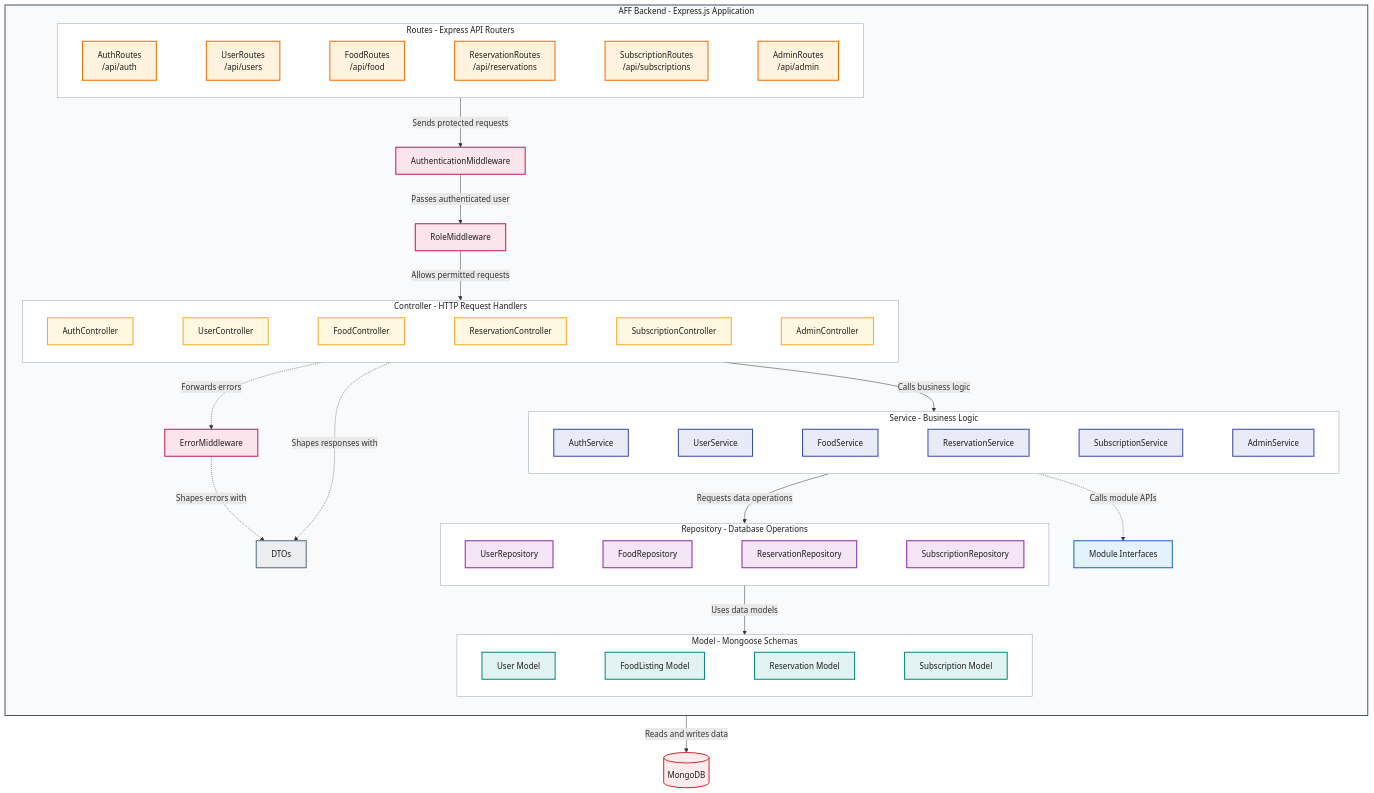
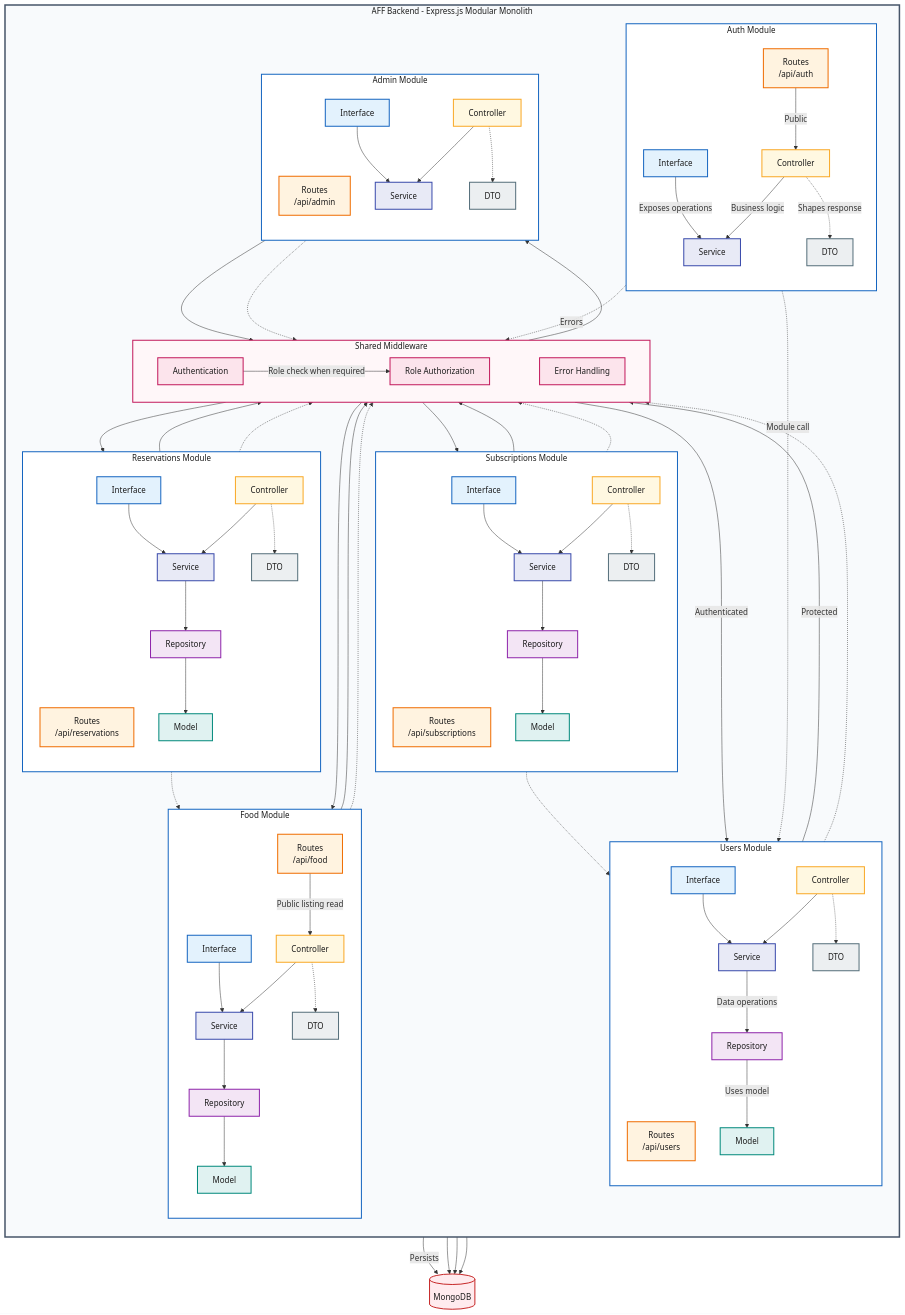
One commit to 2026B-FullStackDevelopment/aff changed the diagram in docs/backend-component-diagram.md. Above: the diagram before and after it, drawn with Mermaid. The commit also changed other lines of this file and 1 other file, not shown here.

Commit message:
Update backend-component-diagram.md, showcase modular monolith

````diff
--- a/docs/backend-component-diagram.md
+++ b/docs/backend-component-diagram.md
@@ -5,85 +7,143 @@
 ```mermaid
 flowchart TB
-  subgraph backend["AFF Backend - Express.js Application"]
+  subgraph backend["AFF Backend - Express.js Modular Monolith"]
     direction TB
 
-    subgraph routes["Routes - Express API Routers"]
-      direction LR
+    subgraph authModule["Auth Module"]
+      direction TB
+      authRoutes["Routes<br/>/api/auth"]
+      authController["Controller"]
+      authService["Service"]
+      authDto["DTO"]
+      authInterface["Interface"]
 
-      auth["AuthRoutes<br/>/api/auth"]
-      users["UserRoutes<br/>/api/users"]
-      food["FoodRoutes<br/>/api/food"]
-      reservations["ReservationRoutes<br/>/api/reservations"]
-      subscriptions["SubscriptionRoutes<br/>/api/subscriptions"]
-      admin["AdminRoutes<br/>/api/admin"]
-      auth ~~~ users ~~~ food ~~~ reservations ~~~ subscriptions ~~~ admin
+      authController -->|"Business logic"| authService
+      authController -.->|"Shapes response"| authDto
+      authInterface -->|"Exposes operations"| authService
     end
 
-    authentication["AuthenticationMiddleware"]
-    role["RoleMiddleware"]
-    errorMiddleware["ErrorMiddleware"]
+    subgraph usersModule["Users Module"]
+      direction TB
+      userRoutes["Routes<br/>/api/users"]
+      userController["Controller"]
+      userService["Service"]
+      userRepository["Repository"]
+      userModel["Model"]
+      userDto["DTO"]
+      userInterface["Interface"]
 
-    subgraph controllers["Controller - HTTP Request Handlers"]
-      direction LR
-
-      authController["AuthController"]
-      userController["UserController"]
-      foodController["FoodController"]
-      reservationController["ReservationController"]
-      subscriptionController["SubscriptionController"]
-      adminController["AdminController"]
-      authController ~~~ userController ~~~ foodController ~~~ reservationController ~~~ subscriptionController ~~~ adminController
+      userController --> userService
+      userService -->|"Data operations"| userRepository
+      userRepository -->|"Uses model"| userModel
+      userController -.-> userDto
+      userInterface --> userService
     end
 
-    subgraph services["Service - Business Logic"]
-      direction LR
+    subgraph foodModule["Food Module"]
+      direction TB
+      foodRoutes["Routes<br/>/api/food"]
+      foodController["Controller"]
+      foodService["Service"]
+      foodRepository["Repository"]
+      foodModel["Model"]
+      foodDto["DTO"]
+      foodInterface["Interface"]
 
-      authService["AuthService"]
-      userService["UserService"]
-      foodService["FoodService"]
-      reservationService["ReservationService"]
-      subscriptionService["SubscriptionService"]
-      adminService["AdminService"]
-      authService ~~~ userService ~~~ foodService ~~~ reservationService ~~~ subscriptionService ~~~ adminService
+      foodController --> foodService
+      foodService --> foodRepository
+      foodRepository --> foodModel
+      foodController -.-> foodDto
+      foodInterface --> foodService
     end
 
-    moduleInterfaces["Module Interfaces"]
-    responseDtos["DTOs"]
+    subgraph sharedMiddleware["Shared Middleware"]
+      direction LR
+      authentication["Authentication"]
+      role["Role Authorization"]
+      errorMiddleware["Error Handling"]
 
-    subgraph repositories["Repository - Database Operations"]
-      direction LR
-
-      userRepository["UserRepository"]
-      foodRepository["FoodRepository"]
-      reservationRepository["ReservationRepository"]
-      subscriptionRepository["SubscriptionRepository"]
-      userRepository ~~~ foodRepository ~~~ reservationRepository ~~~ subscriptionRepository
+      authentication -->|"Role check when required"| role
+      role ~~~ errorMiddleware
     end
 
-    subgraph models["Model - Mongoose Schemas"]
-      direction LR
+    subgraph reservationsModule["Reservations Module"]
+      direction TB
+      reservationRoutes["Routes<br/>/api/reservations"]
+      reservationController["Controller"]
+      reservationService["Service"]
+      reservationRepository["Repository"]
+      reservationModel["Model"]
+      reservationDto["DTO"]
+      reservationInterface["Interface"]
 
-      userModel["User Model"]
-      foodModel["FoodListing Model"]
-      reservationModel["Reservation Model"]
-      subscriptionModel["Subscription Model"]
-      userModel ~~~ foodModel ~~~ reservationModel ~~~ subscriptionModel
+      reservationController --> reservationService
+      reservationService --> reservationRepository
+      reservationRepository --> reservationModel
+      reservationController -.-> reservationDto
+      reservationInterface --> reservationService
     end
 
-    routes -->|"Sends protected requests"| authentication
-    authentication -->|"Passes authenticated user"| role
-    role -->|"Allows permitted requests"| controllers
-    controllers -->|"Calls business logic"| services
-    services -->|"Requests data operations"| repositories
-    repositories -->|"Uses data models"| models
-    controllers -.->|"Forwards errors"| errorMiddleware
-    services -.->|"Calls module APIs"| moduleInterfaces
-    controllers -.->|"Shapes responses with"| responseDtos
-    errorMiddleware -.->|"Shapes errors with"| responseDtos
+    subgraph subscriptionsModule["Subscriptions Module"]
+      direction TB
+      subscriptionRoutes["Routes<br/>/api/subscriptions"]
+      subscriptionController["Controller"]
+      subscriptionService["Service"]
+      subscriptionRepository["Repository"]
+      subscriptionModel["Model"]
+      subscriptionDto["DTO"]
+      subscriptionInterface["Interface"]
 
+      subscriptionController --> subscriptionService
+      subscriptionService --> subscriptionRepository
+      subscriptionRepository --> subscriptionModel
+      subscriptionController -.-> subscriptionDto
+      subscriptionInterface --> subscriptionService
+    end
+
+    subgraph adminModule["Admin Module"]
+      direction TB
+      adminRoutes["Routes<br/>/api/admin"]
+      adminController["Controller"]
+      adminService["Service"]
+      adminDto["DTO"]
+      adminInterface["Interface"]
+
+      adminController --> adminService
+      adminController -.-> adminDto
+      adminInterface --> adminService
+    end
+
+    authRoutes -->|"Public"| authController
+    foodRoutes -->|"Public listing read"| foodController
+
+    userRoutes -->|"Protected"| authentication
+    foodRoutes --> authentication
+    reservationRoutes --> authentication
+    subscriptionRoutes --> authentication
+    adminRoutes --> authentication
+
+    authentication -->|"Authenticated"| userController
+    role --> foodController
+    role --> reservationController
+    role --> subscriptionController
+    role --> adminController
+
+    authController -.->|"Errors"| errorMiddleware
+    userController -.-> errorMiddleware
+    foodController -.-> errorMiddleware
+    reservationController -.-> errorMiddleware
+    subscriptionController -.-> errorMiddleware
+    adminController -.-> errorMiddleware
+
+    authService -.->|"Module call"| userInterface
+    reservationService -.-> foodInterface
+    subscriptionService -.-> userInterface
   end
 
-  models -->|"Reads and writes data"| mongoDatabase[("MongoDB")]
+  userModel -->|"Persists"| mongoDatabase[("MongoDB")]
+  foodModel --> mongoDatabase
+  reservationModel --> mongoDatabase
+  subscriptionModel --> mongoDatabase
 
   classDef routeComponent fill:#FFF3E0,stroke:#EF6C00,color:#1B1B1B,stroke-width:2px;
   classDef middlewareComponent fill:#FCE4EC,stroke:#C2185B,color:#1B1B1B,stroke-width:2px;
@@ -95,20 +155,22 @@
   classDef modelComponent fill:#E0F2F1,stroke:#00897B,color:#1B1B1B,stroke-width:2px;
   classDef databaseComponent fill:#FFEBEE,stroke:#C62828,color:#1B1B1B,stroke-width:2px;
 
-  class auth,users,food,reservations,subscriptions,admin routeComponent;
+  class authRoutes,userRoutes,foodRoutes,reservationRoutes,subscriptionRoutes,adminRoutes routeComponent;
   class authentication,role,errorMiddleware middlewareComponent;
   class authController,userController,foodController,reservationController,subscriptionController,adminController controllerComponent;
   class authService,userService,foodService,reservationService,subscriptionService,adminService serviceComponent;
-  class moduleInterfaces interfaceComponent;
-  class responseDtos dtoComponent;
+  class authInterface,userInterface,foodInterface,reservationInterface,subscriptionInterface,adminInterface interfaceComponent;
+  class authDto,userDto,foodDto,reservationDto,subscriptionDto,adminDto dtoComponent;
   class userRepository,foodRepository,reservationRepository,subscriptionRepository repositoryComponent;
   class userModel,foodModel,reservationModel,subscriptionModel modelComponent;
   class mongoDatabase databaseComponent;
 
-  style backend fill:#F8FAFC,stroke:#475569,color:#1B1B1B,stroke-width:2px;
-  style routes fill:#FFFFFF,stroke:#94A3B8,color:#1B1B1B,stroke-width:1px;
-  style controllers fill:#FFFFFF,stroke:#94A3B8,color:#1B1B1B,stroke-width:1px;
-  style services fill:#FFFFFF,stroke:#94A3B8,color:#1B1B1B,stroke-width:1px;
-  style repositories fill:#FFFFFF,stroke:#94A3B8,color:#1B1B1B,stroke-width:1px;
-  style models fill:#FFFFFF,stroke:#94A3B8,color:#1B1B1B,stroke-width:1px;
+  style backend fill:#F8FAFC,stroke:#475569,color:#1B1B1B,stroke-width:3px;
+  style sharedMiddleware fill:#FFF7F9,stroke:#C2185B,color:#1B1B1B,stroke-width:2px;
+  style authModule fill:#FFFFFF,stroke:#1565C0,color:#1B1B1B,stroke-width:2px;
+  style usersModule fill:#FFFFFF,stroke:#1565C0,color:#1B1B1B,stroke-width:2px;
+  style foodModule fill:#FFFFFF,stroke:#1565C0,color:#1B1B1B,stroke-width:2px;
+  style reservationsModule fill:#FFFFFF,stroke:#1565C0,color:#1B1B1B,stroke-width:2px;
+  style subscriptionsModule fill:#FFFFFF,stroke:#1565C0,color:#1B1B1B,stroke-width:2px;
+  style adminModule fill:#FFFFFF,stroke:#1565C0,color:#1B1B1B,stroke-width:2px;
 ```
````
